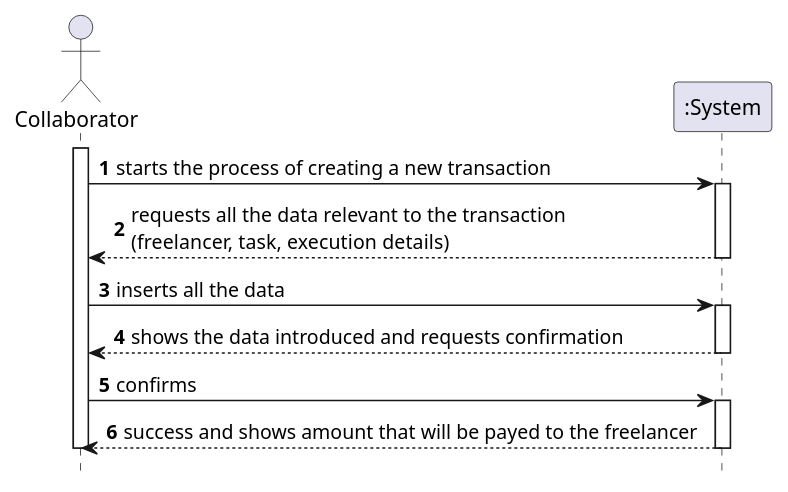
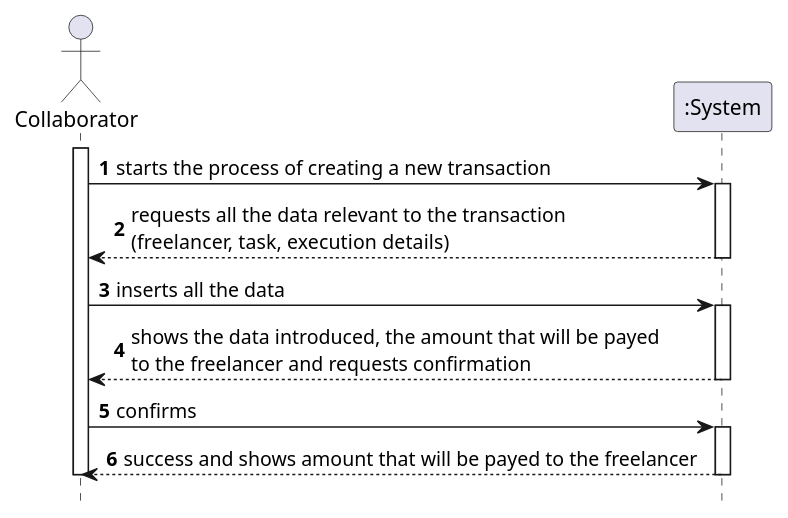
Before and after one commit to botelho-io/lapr2-2020-g029: the diagram in docs/UC_01/SSD.puml, drawn with PlantUML. The commit also changed 9 other files, not shown here.

```diff
--- a/docs/UC_01/SSD.puml
+++ b/docs/UC_01/SSD.puml
@@ -1,30 +1,30 @@
 @startuml SSD
 hide footbox
 autonumber
 actor "Collaborator" as C
 participant ":System" as S
 
 'The collaborator starts the process of creating a new transaction.
 'The system requests all the data relevant to the transaction (freelancer, task, execution details).
 'The collaborator inserts all the data.
 'The systems shows the data introduced and requests confirmation.
 'The collaborator confirms.
 'The system validates and stores the data and informs the collaborator of the success of the operation and the amount that will be payed to the freelancer.
 
 
 activate C
         C -> S : starts the process of creating a new transaction
         activate S
                 S --> C: requests all the data relevant to the transaction \n(freelancer, task, execution details)
         deactivate S
         C -> S : inserts all the data
         activate S
-                S --> C: shows the data introduced and requests confirmation
+                S --> C: shows the data introduced, the amount that will be payed \nto the freelancer and requests confirmation
         deactivate S
         C -> S : confirms
         activate S
                 S --> C: success and shows amount that will be payed to the freelancer
         deactivate S
 deactivate C
 
 @enduml
```
